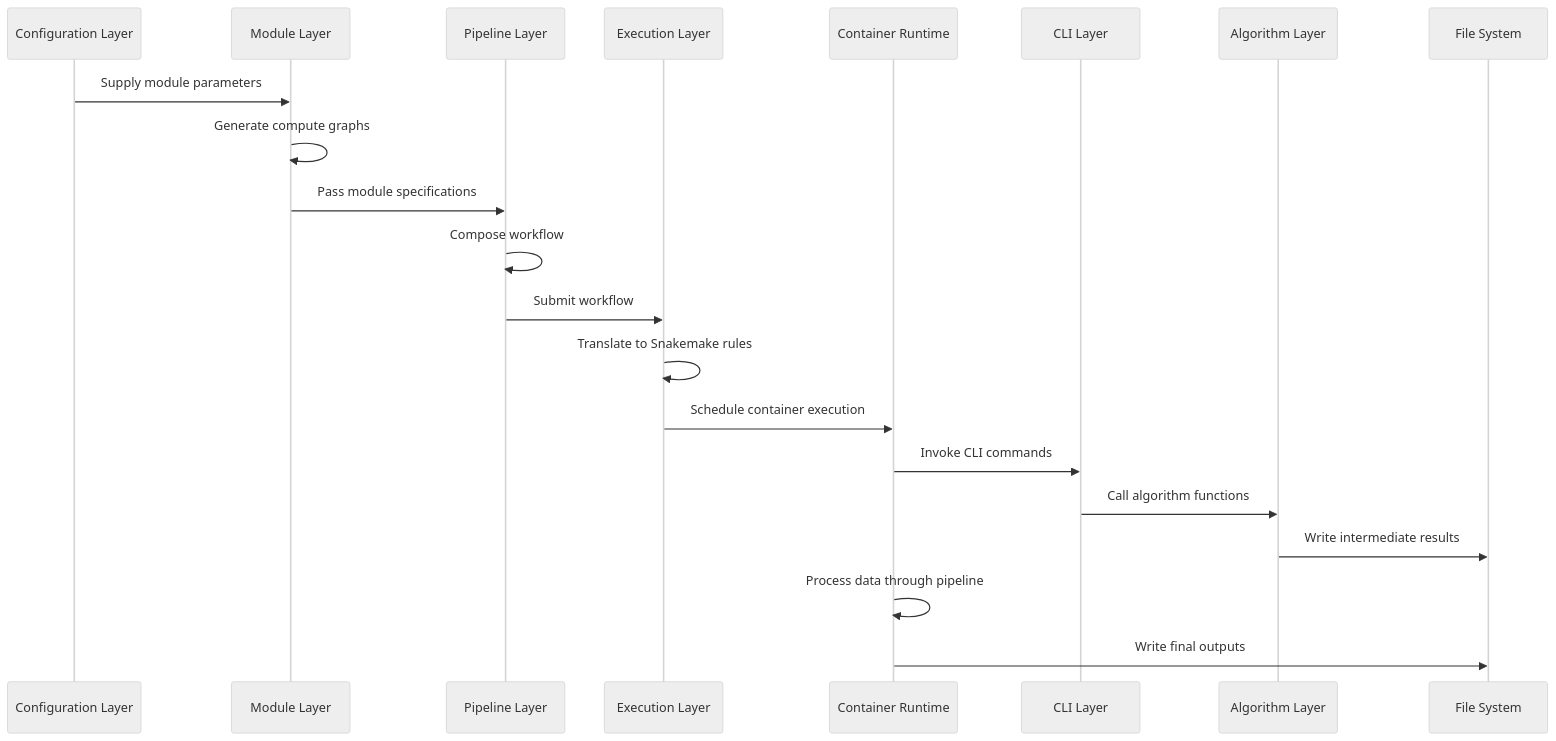
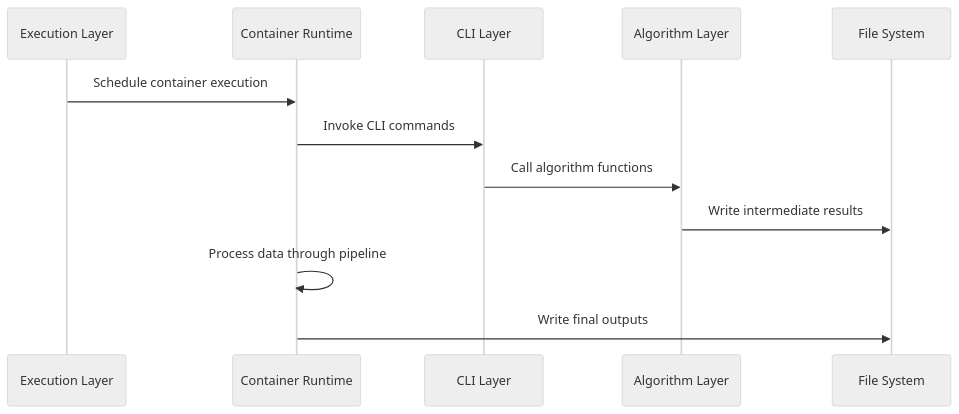
The third of 3 diagrams in docs/architecture/00_architecture_overview.md (broadinstitute/starrynight), drawn with Mermaid (neutral theme) before and after one commit. The commit also changed other lines of this file, not shown here.

First line of the commit message:
docs(architecture): split sequence diagram for better readability

````diff
--- a/docs/architecture/00_architecture_overview.md
+++ b/docs/architecture/00_architecture_overview.md
@@ -87,24 +110,15 @@
 ```mermaid
 sequenceDiagram
-    participant Config as Configuration Layer
-    participant Module as Module Layer
-    participant Pipeline as Pipeline Layer
     participant Execution as Execution Layer
     participant Runtime as Container Runtime
     participant CLI as CLI Layer
     participant Algorithm as Algorithm Layer
     participant Storage as File System
 
-    Config->>Module: Supply module parameters
-    Module->>Module: Generate compute graphs
-    Module->>Pipeline: Pass module specifications
-    Pipeline->>Pipeline: Compose workflow
-    Pipeline->>Execution: Submit workflow
-    Execution->>Execution: Translate to Snakemake rules
     Execution->>Runtime: Schedule container execution
     Runtime->>CLI: Invoke CLI commands
     CLI->>Algorithm: Call algorithm functions
     Algorithm->>Storage: Write intermediate results
     Runtime->>Runtime: Process data through pipeline
     Runtime->>Storage: Write final outputs
 ```
````
